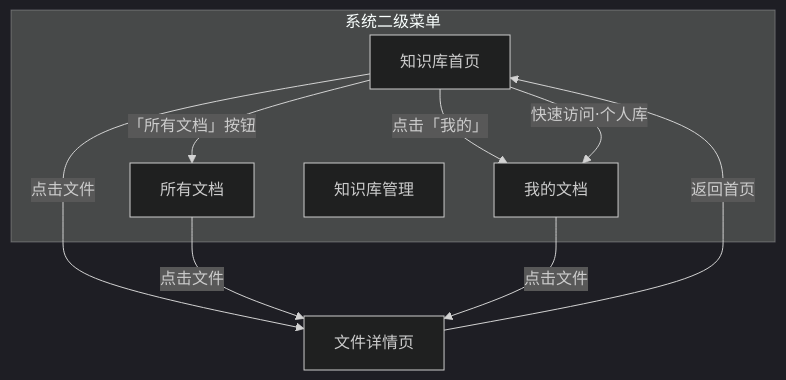
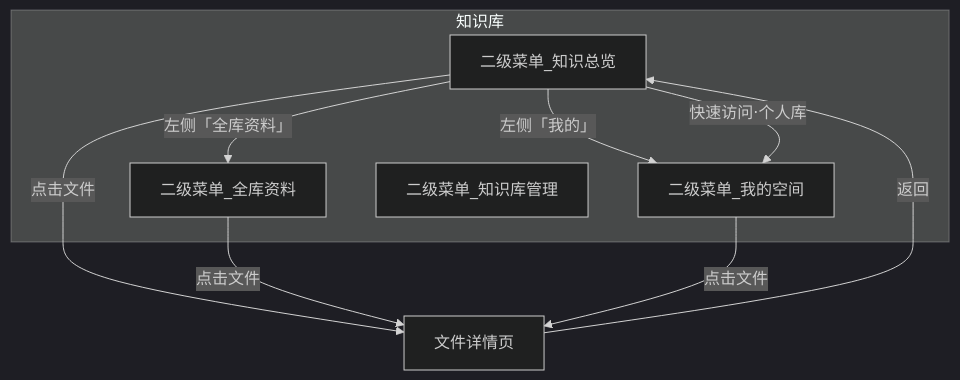
One commit to Werido-8/cz-powerup changed the first of 2 diagrams in docs/需求设计/知识库/02-知识库系统需求说明.md. Above: the diagram before and after it, drawn with Mermaid (dark theme). The commit also changed other lines of this file and 7 other files, not shown here.

````diff
--- a/docs/需求设计/知识库/02-知识库系统需求说明.md
+++ b/docs/需求设计/知识库/02-知识库系统需求说明.md
@@ -14,18 +14,18 @@
 ```mermaid
 flowchart TB
-    subgraph 系统二级菜单
-        HOME[知识库首页]
-        ALL[所有文档]
-        MINE[我的文档]
-        ADMIN[知识库管理]
+    subgraph 系统菜单["知识库"]
+        BROWSE[二级菜单_知识总览]
+        ALL[二级菜单_全库资料]
+        MINE[二级菜单_我的空间]
+        ADMIN[二级菜单_知识库管理]
     end
 
-    HOME -->|点击文件| DETAIL[文件详情页]
+    BROWSE -->|点击文件| DETAIL[文件详情页]
     ALL -->|点击文件| DETAIL
     MINE -->|点击文件| DETAIL
-    DETAIL -->|返回首页| HOME
+    DETAIL -->|返回| BROWSE
 
-    HOME -->|「所有文档」按钮| ALL
-    HOME -->|点击「我的」| MINE
-    HOME -->|快速访问·个人库| MINE
+    BROWSE -->|左侧「全库资料」| ALL
+    BROWSE -->|左侧「我的」| MINE
+    BROWSE -->|快速访问·个人库| MINE
 ```
````
